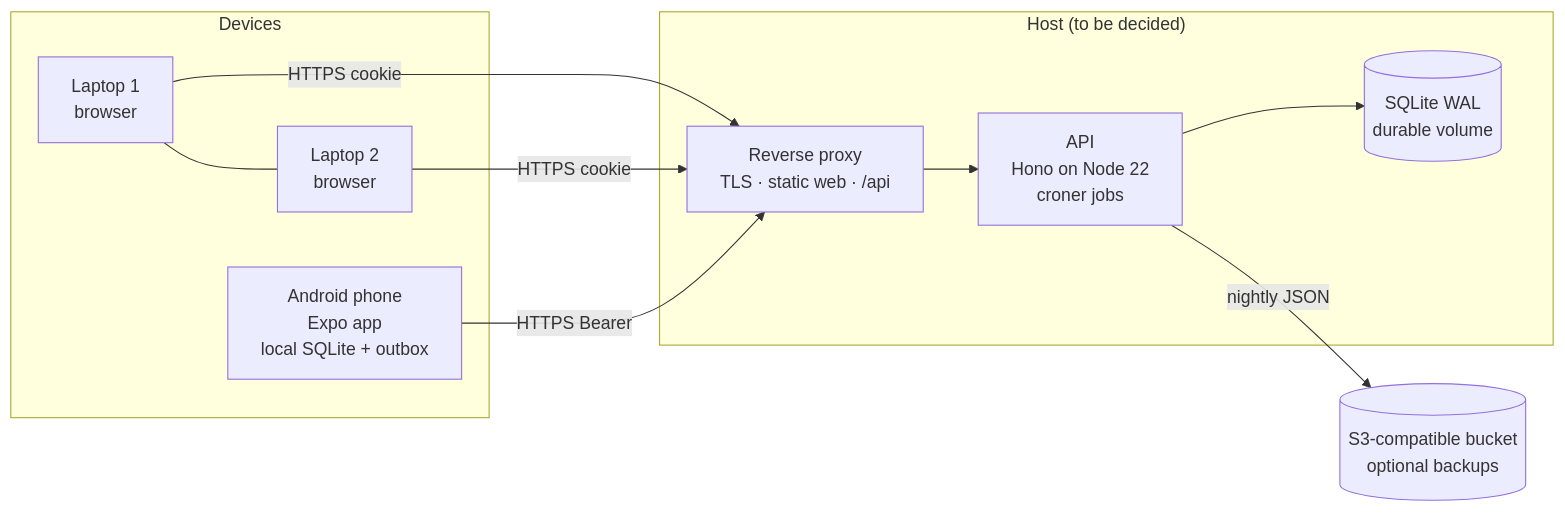
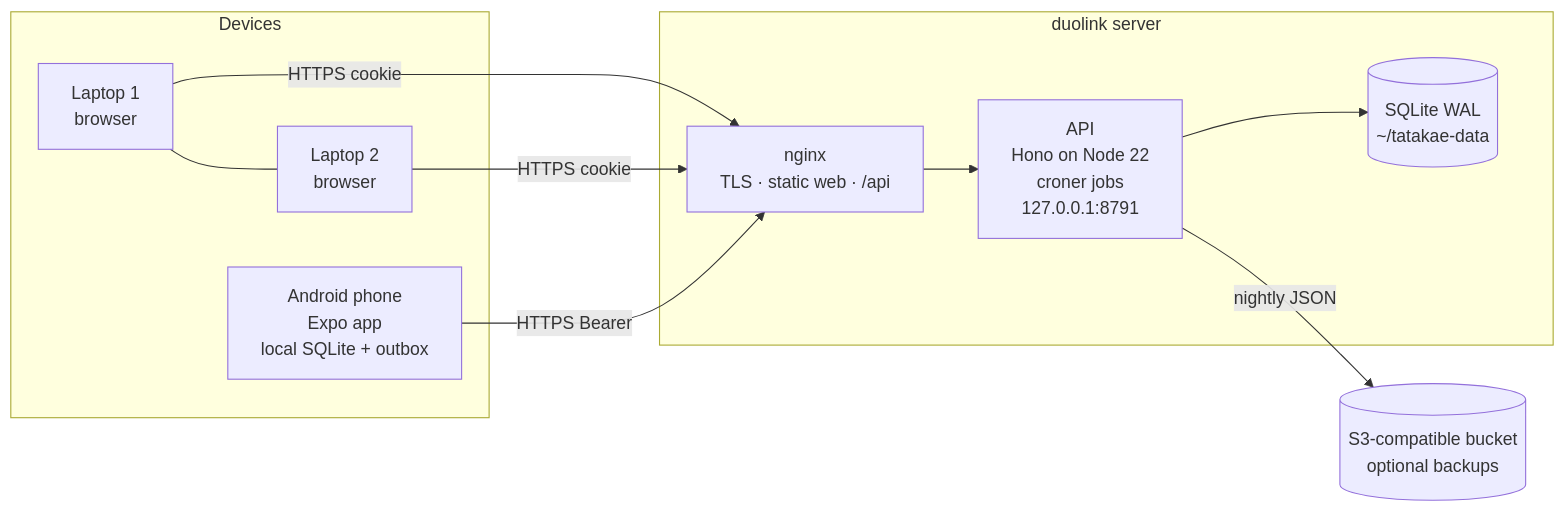
One commit to dhanushboopthy/Tatakae changed the diagram in docs/03-architecture.md. Above: the diagram before and after it, drawn with Mermaid. The commit also changed 13 other files, not shown here.

Commit message:
docs: document the duolink server setup (user, systemd service, nginx, HTTPS, deploys) and keep the nginx config in deploy/nginx

````diff
--- a/docs/03-architecture.md
+++ b/docs/03-architecture.md
@@ -4,18 +4,18 @@
 ```mermaid
 flowchart LR
   subgraph Devices
     L1[Laptop 1<br/>browser] --- L2[Laptop 2<br/>browser]
     P[Android phone<br/>Expo app<br/>local SQLite + outbox]
   end
-  subgraph Host["Host (to be decided)"]
-    C[Reverse proxy<br/>TLS · static web · /api]
-    A[API<br/>Hono on Node 22<br/>croner jobs]
-    D[(SQLite WAL<br/>durable volume)]
+  subgraph Host["duolink server"]
+    C[nginx<br/>TLS · static web · /api]
+    A[API<br/>Hono on Node 22<br/>croner jobs<br/>127.0.0.1:8791]
+    D[(SQLite WAL<br/>~/tatakae-data)]
     C --> A --> D
   end
   S3[(S3-compatible bucket<br/>optional backups)]
   L1 -- HTTPS cookie --> C
   L2 -- HTTPS cookie --> C
   P -- HTTPS Bearer --> C
   A -- nightly JSON --> S3
 ```
````
